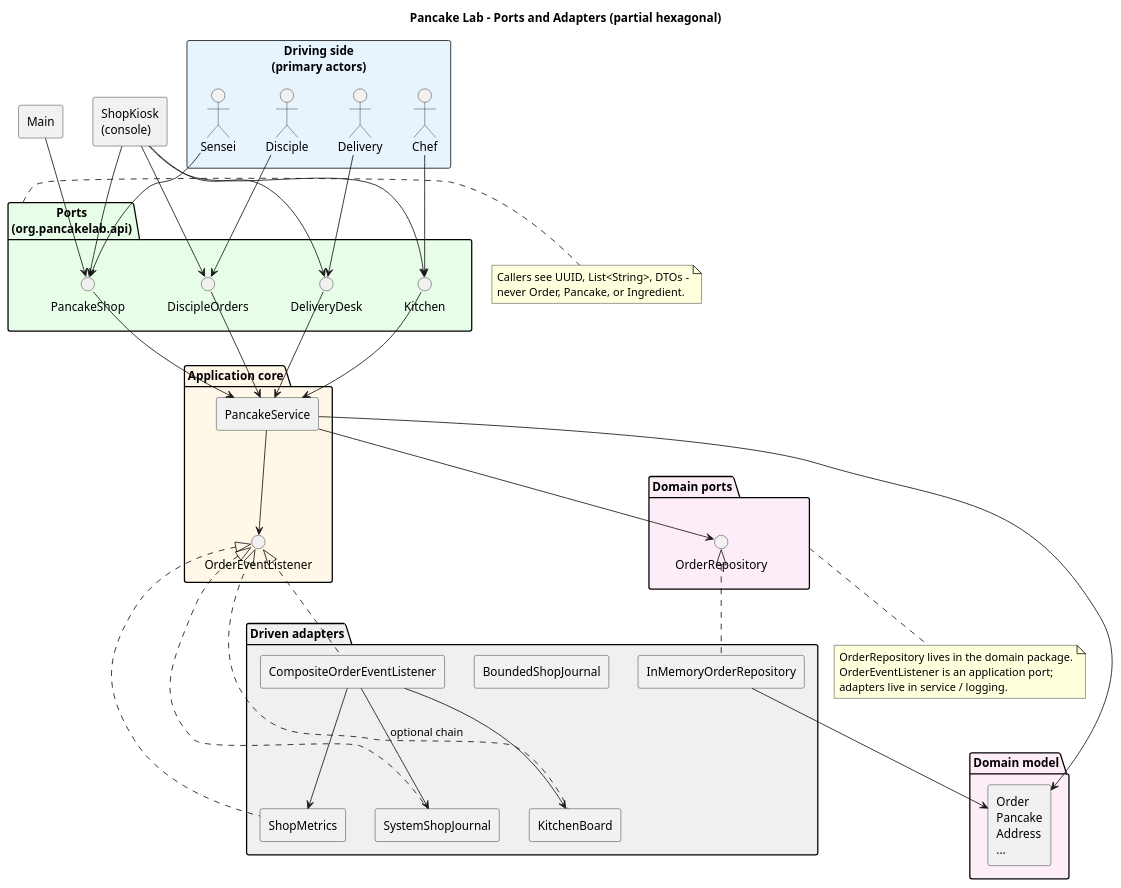
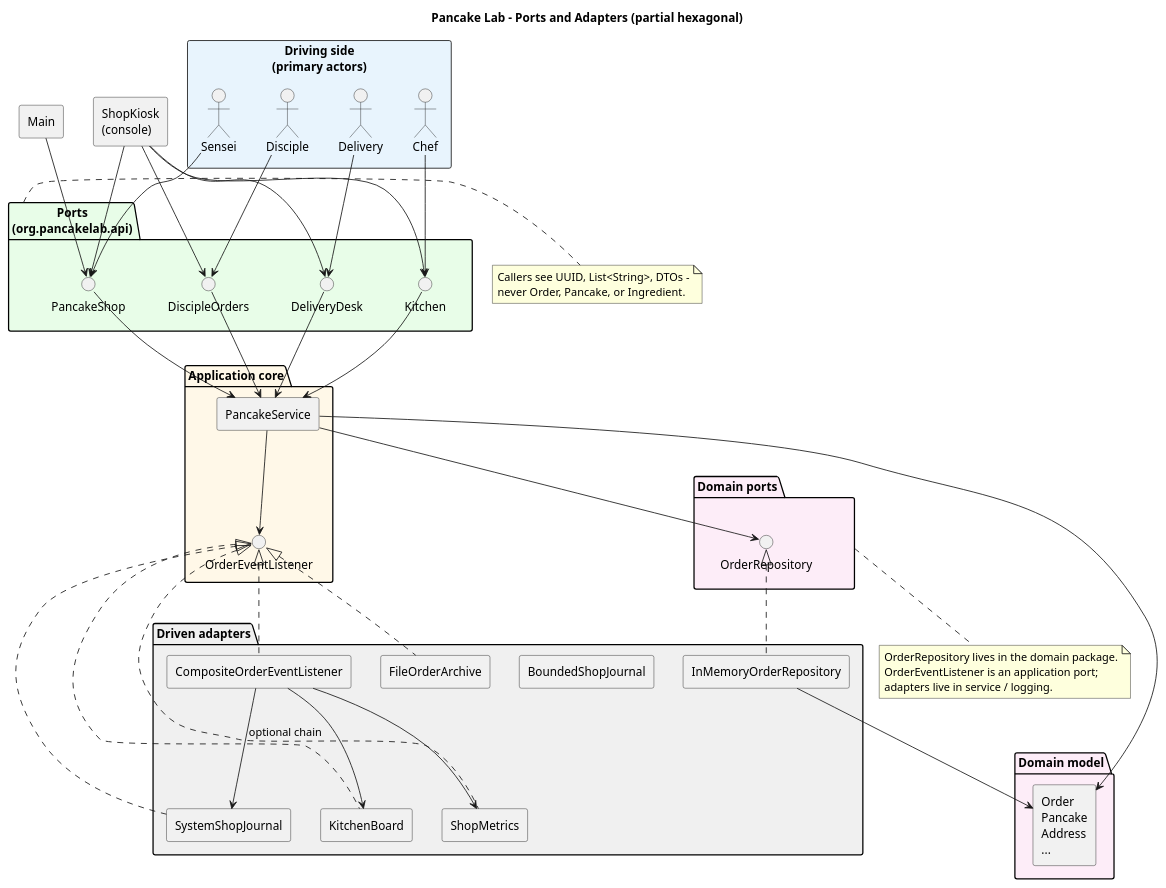
One commit to devnisaev/PancakeLab changed the diagram in docs/architecture-ports-adapters.puml. Above: the diagram before and after it, drawn with PlantUML. The commit also changed 15 other files, not shown here.

```diff
--- a/docs/architecture-ports-adapters.puml
+++ b/docs/architecture-ports-adapters.puml
@@ -1,91 +1,93 @@
 @startuml
 title Pancake Lab - Ports and Adapters (partial hexagonal)
 
 skinparam componentStyle rectangle
 skinparam shadowing false
 
 rectangle "Driving side\n(primary actors)" as actors #E8F4FD {
   actor Disciple
   actor Chef
   actor Delivery
   actor Sensei
 }
 
 together {
   component "ShopKiosk\n(console)" as kiosk
   component "Main" as main
 }
 
 package "Ports\n(org.pancakelab.api)" as ports #E8FDE8 {
   interface "DiscipleOrders" as portDisciple
   interface "Kitchen" as portKitchen
   interface "DeliveryDesk" as portDelivery
   interface "PancakeShop" as portShop
 }
 
 package "Application core" as core #FFF8E8 {
   component "PancakeService" as service
   interface "OrderEventListener" as portEvents
 }
 
 package "Domain ports" as domainPorts #FDEDF8 {
   interface "OrderRepository" as portRepo
 }
 
 package "Driven adapters" as adapters #F0F0F0 {
   component "InMemoryOrderRepository" as repo
   component "SystemShopJournal" as journal
   component "BoundedShopJournal" as boundedJournal
+  component "FileOrderArchive" as archive
   component "KitchenBoard" as board
   component "ShopMetrics" as metrics
   component "CompositeOrderEventListener" as composite
 }
 
 package "Domain model" as model #FDEDF8 {
   component "Order\nPancake\nAddress\n..." as aggregates
 }
 
 Disciple --> portDisciple
 Chef --> portKitchen
 Delivery --> portDelivery
 Sensei --> portShop
 
 kiosk --> portDisciple
 kiosk --> portKitchen
 kiosk --> portDelivery
 kiosk --> portShop
 main --> portShop
 
 portDisciple --> service
 portKitchen --> service
 portDelivery --> service
 portShop --> service
 
 service --> portRepo
 service --> portEvents
 service --> aggregates
 
 portRepo <|.. repo
 portEvents <|.. composite
 portEvents <|.. journal
+portEvents <|.. archive
 portEvents <|.. board
 portEvents <|.. metrics
 
 composite --> journal : optional chain
 composite --> board
 composite --> metrics
 
 repo --> aggregates
 
 note right of ports
   Callers see UUID, List<String>, DTOs -
   never Order, Pancake, or Ingredient.
 end note
 
 note bottom of domainPorts
   OrderRepository lives in the domain package.
   OrderEventListener is an application port;
   adapters live in service / logging.
 end note
 
 @enduml
```
